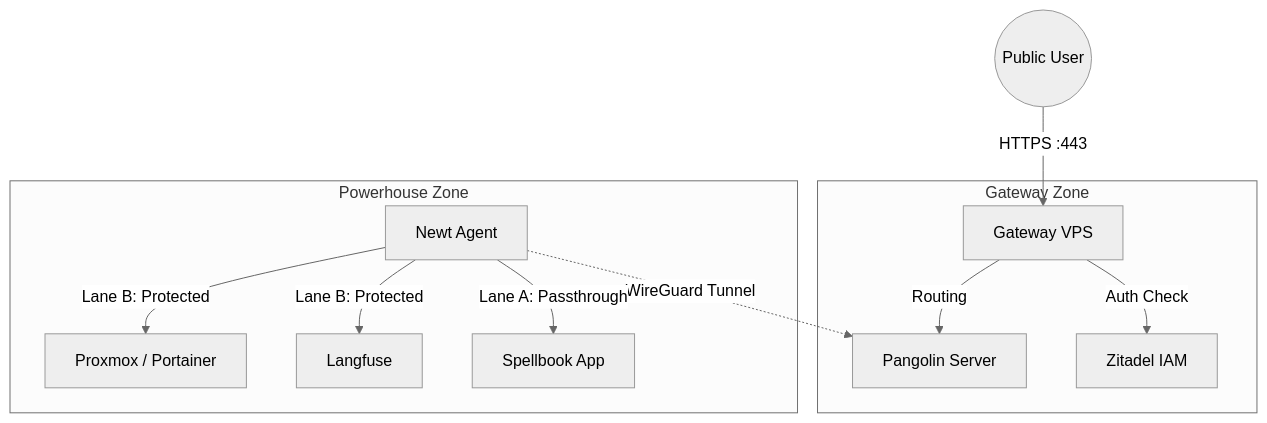
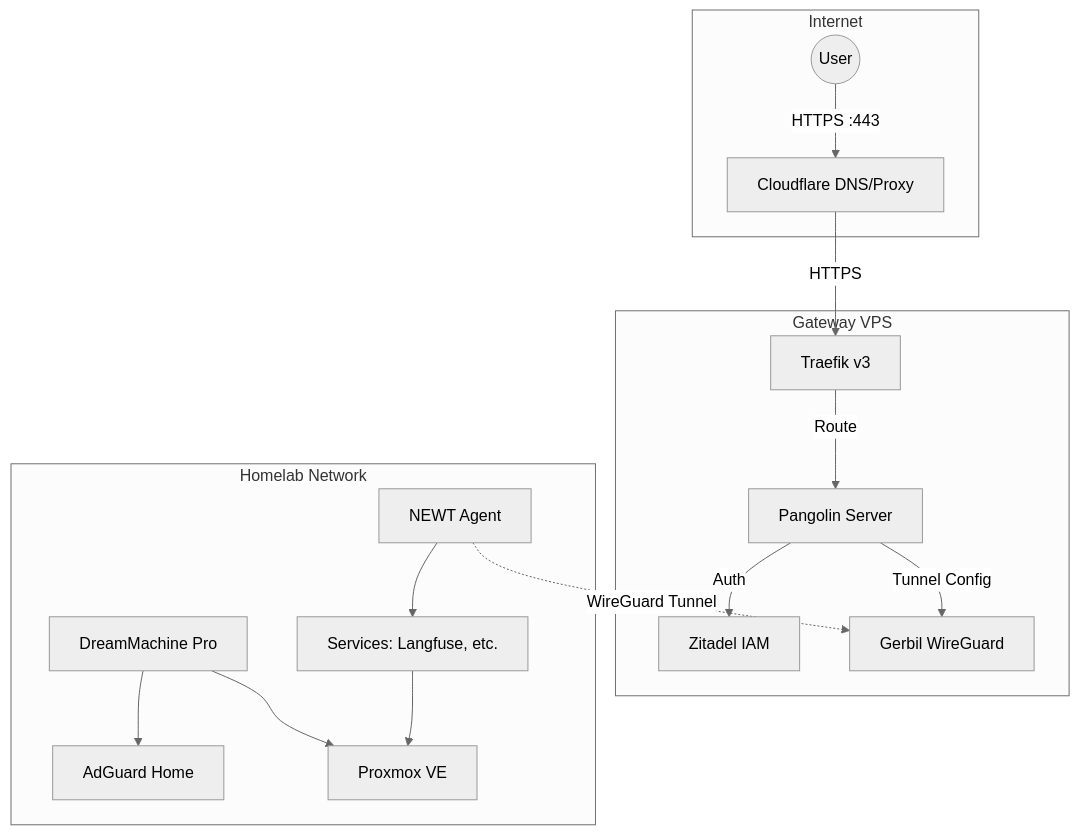
The first of 2 diagrams in ARCHITECTURE.md (KyleHub-Dev/infrastructure), drawn with Mermaid (neutral theme) before and after one commit. The commit also changed other lines of this file and 56 other files, not shown here.

````diff
--- a/ARCHITECTURE.md
+++ b/ARCHITECTURE.md
@@ -9,17 +16,35 @@
 ```mermaid
 graph TD
-    User((Public User)) --> |HTTPS :443| VPS[Gateway VPS]
-    
-    subgraph "Gateway Zone"
-        VPS --> |Auth Check| Zitadel[Zitadel IAM]
-        VPS --> |Routing| Pangolin[Pangolin Server]
+    subgraph "Internet"
+        User((User))
+        Cloudflare[Cloudflare DNS/Proxy]
     end
-    
-    subgraph "Powerhouse Zone"
-        Agent[Newt Agent] -.-> |WireGuard Tunnel| Pangolin
-        
-        Agent --> |Lane A: Passthrough| Spellbook[Spellbook App]
-        Agent --> |Lane B: Protected| Langfuse[Langfuse]
-        Agent --> |Lane B: Protected| Proxmox[Proxmox / Portainer]
+
+    subgraph "Gateway VPS"
+        Traefik[Traefik v3]
+        Pangolin[Pangolin Server]
+        Zitadel[Zitadel IAM]
+        Gerbil[Gerbil WireGuard]
     end
+
+    subgraph "Homelab Network"
+        DreamMachine[DreamMachine Pro]
+        AdGuard[AdGuard Home]
+        Proxmox[Proxmox VE]
+        NEWT[NEWT Agent]
+        Services[Services: Langfuse, etc.]
+    end
+
+    User -->|HTTPS :443| Cloudflare
+    Cloudflare -->|HTTPS| Traefik
+    Traefik -->|Route| Pangolin
+    Pangolin -->|Auth| Zitadel
+    Pangolin -->|Tunnel Config| Gerbil
+
+    NEWT -.->|WireGuard Tunnel| Gerbil
+    NEWT --> Services
+    Services --> Proxmox
+
+    DreamMachine --> AdGuard
+    DreamMachine --> Proxmox
 ```
````
